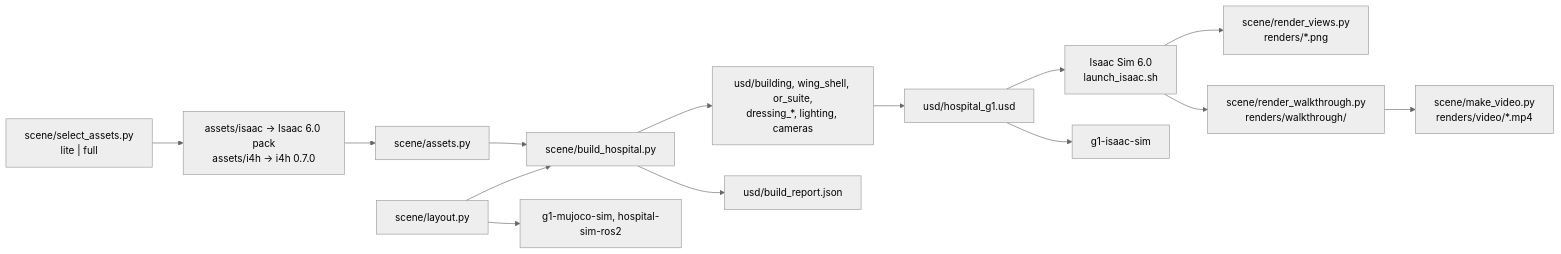
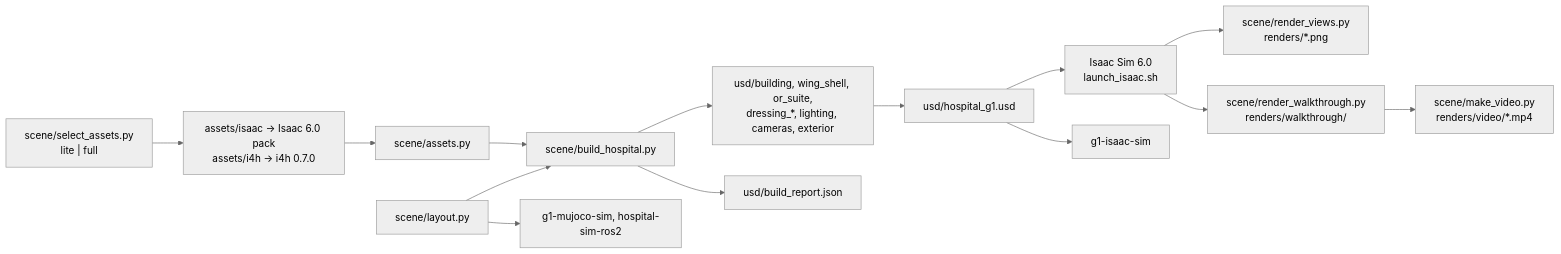
Before and after one commit to Bkrakshith/hospital-sim-env: the diagram in isaac/README.md, drawn with Mermaid (neutral theme). The commit also changed other lines of this file and 70 other files, not shown here.

````diff
--- a/isaac/README.md
+++ b/isaac/README.md
@@ -91,16 +147,16 @@
 ```mermaid
 flowchart LR
   L["scene/layout.py"] --> B["scene/build_hospital.py"]
   A["scene/assets.py"] --> B
   AI["assets/isaac -> Isaac 6.0 pack<br/>assets/i4h -> i4h 0.7.0"] --> A
   SEL["scene/select_assets.py<br/>lite | full"] --> AI
-  B --> LAY["usd/building, wing_shell, or_suite,<br/>dressing_*, lighting, cameras"]
+  B --> LAY["usd/building, wing_shell, or_suite,<br/>dressing_*, lighting, cameras, exterior"]
   LAY --> ROOT["usd/hospital_g1.usd"]
   B --> REP["usd/build_report.json"]
   ROOT --> ISIM["Isaac Sim 6.0<br/>launch_isaac.sh"]
   ISIM --> RV["scene/render_views.py<br/>renders/*.png"]
   ISIM --> RW["scene/render_walkthrough.py<br/>renders/walkthrough/"]
   RW --> MV["scene/make_video.py<br/>renders/video/*.mp4"]
   ROOT --> G1I["g1-isaac-sim"]
   L --> G1M["g1-mujoco-sim, hospital-sim-ros2"]
 ```
````
